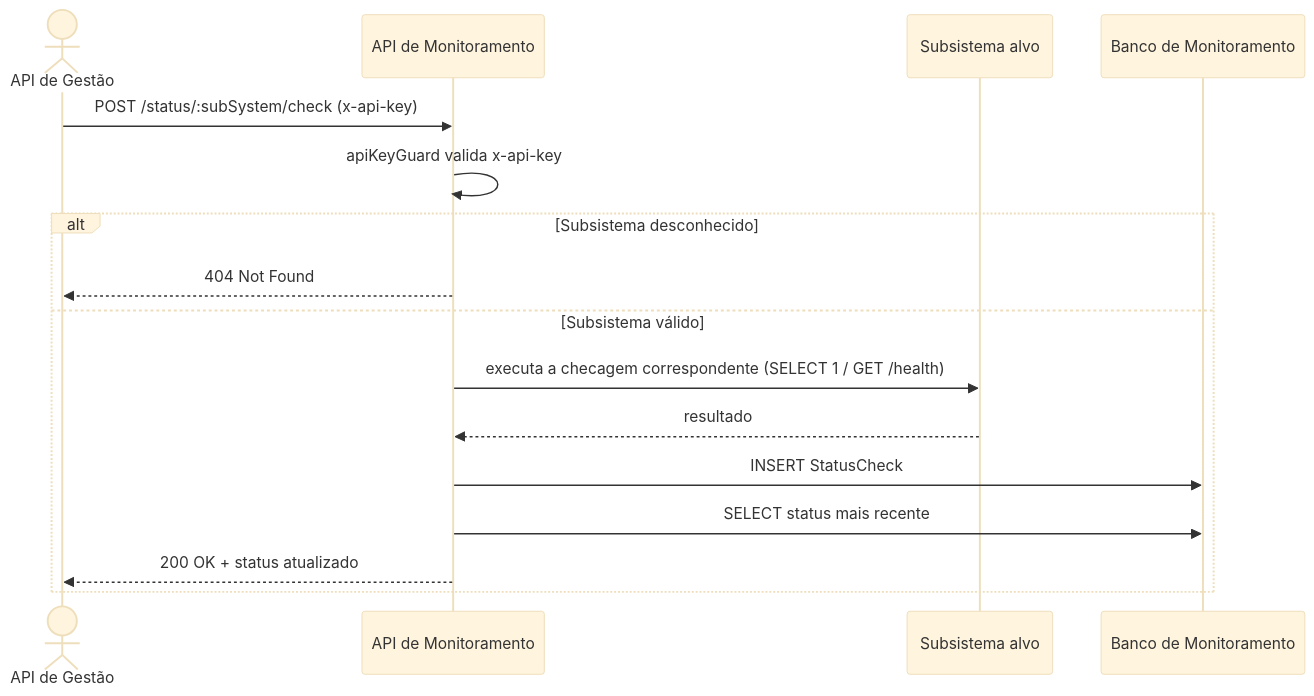
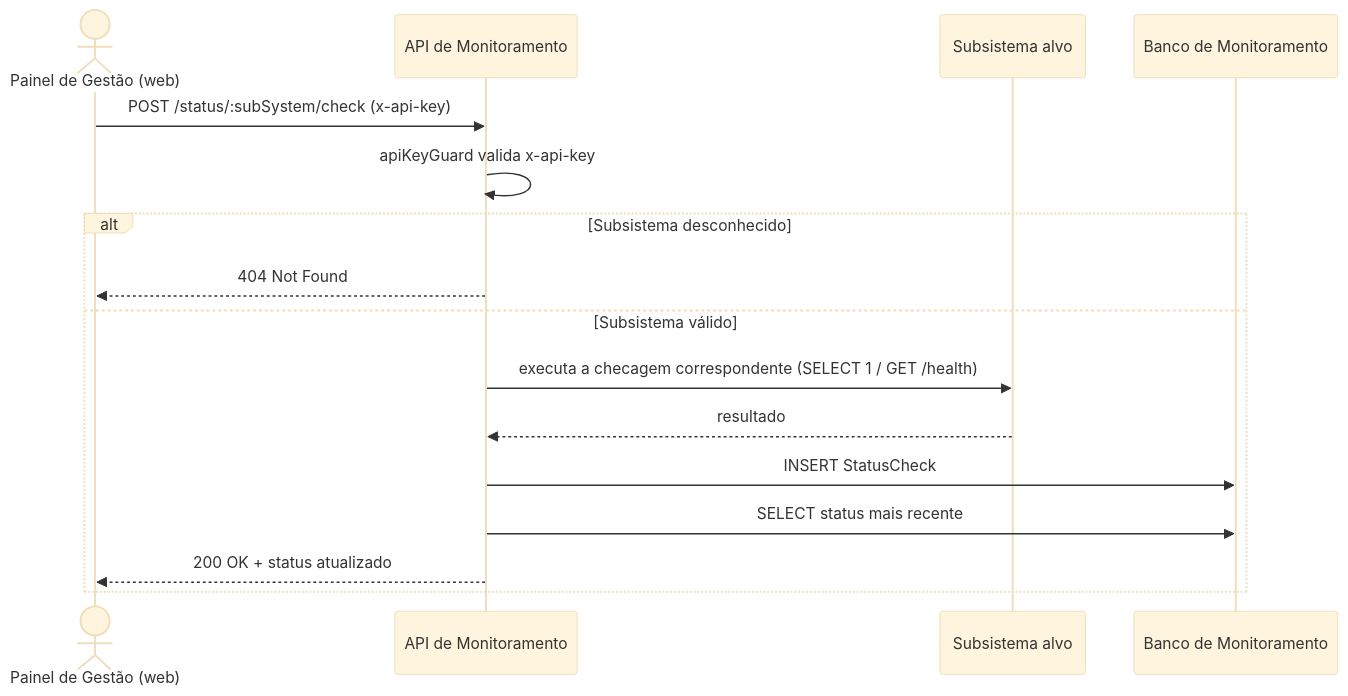
One commit to MiguelIFSP/BRTPDS2-PROJETO-E-DESENVOLVIMENTO-DE-SISTEMAS-2 changed the seventh of 19 diagrams in documentos/entrega2_Di1/requisitos_e_casos_de_uso.md. Above: the diagram before and after it, drawn with Mermaid (base theme). The commit also changed other lines of this file and 1 other file, not shown here.

````diff
--- a/documentos/entrega2_Di1/requisitos_e_casos_de_uso.md
+++ b/documentos/entrega2_Di1/requisitos_e_casos_de_uso.md
@@ -261,19 +266,19 @@
 ```mermaid
 sequenceDiagram
-    actor Adm as API de Gestão
+    actor Adm as Painel de Gestão (web)
     participant Mon as API de Monitoramento
     participant Ext as Subsistema alvo
     participant DB as Banco de Monitoramento
 
     Adm->>Mon: POST /status/:subSystem/check (x-api-key)
     Mon->>Mon: apiKeyGuard valida x-api-key
     alt Subsistema desconhecido
         Mon-->>Adm: 404 Not Found
     else Subsistema válido
         Mon->>Ext: executa a checagem correspondente (SELECT 1 / GET /health)
         Ext-->>Mon: resultado
         Mon->>DB: INSERT StatusCheck
         Mon->>DB: SELECT status mais recente
         Mon-->>Adm: 200 OK + status atualizado
     end
 ```
````
